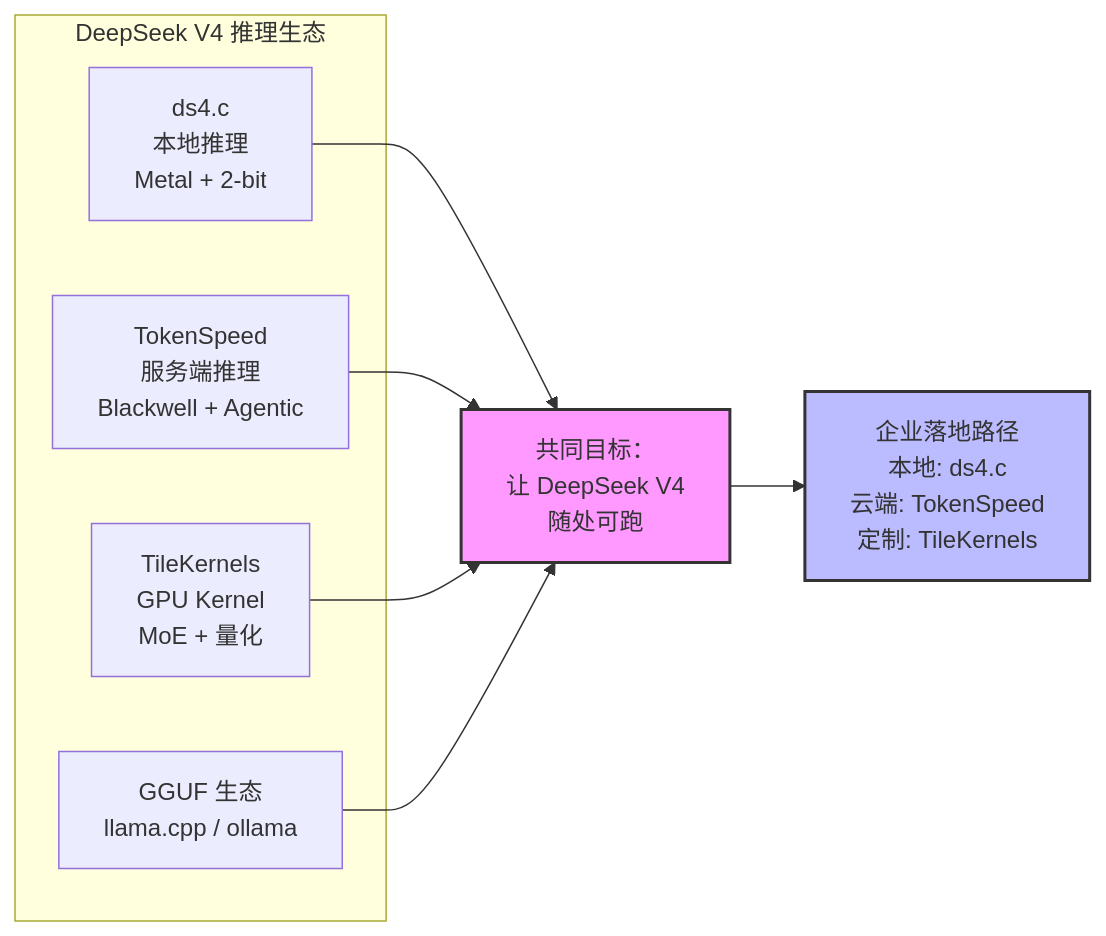
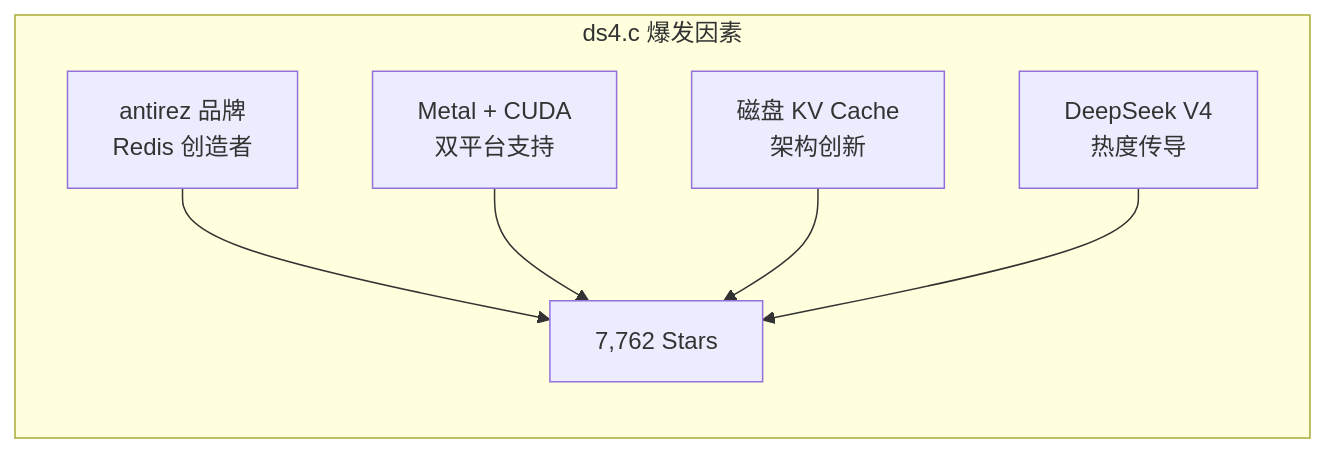
The diagram in daily/2026-05-11.md (lohasle/github-researcher), drawn with Mermaid before and after one commit. The commit also changed other lines of this file and 16 other files, not shown here.

````diff
--- a/daily/2026-05-11.md
+++ b/daily/2026-05-11.md
@@ -159,19 +147,9 @@
 ```mermaid
-flowchart LR
-    subgraph DeepSeek V4 推理生态
-        A["ds4.c<br/>本地推理<br/>Metal + 2-bit"]
-        B["TokenSpeed<br/>服务端推理<br/>Blackwell + Agentic"]
-        C["TileKernels<br/>GPU Kernel<br/>MoE + 量化"]
-        D["GGUF 生态<br/>llama.cpp / ollama"]
+graph LR
+    subgraph ds4.c 爆发因素
+        A["antirez 品牌<br/>Redis 创造者"] --> E[7,762 Stars]
+        B["Metal + CUDA<br/>双平台支持"] --> E
+        C["磁盘 KV Cache<br/>架构创新"] --> E
+        D["DeepSeek V4<br/>热度传导"] --> E
     end
-
-    A --> E["共同目标：<br/>让 DeepSeek V4<br/>随处可跑"]
-    B --> E
-    C --> E
-    D --> E
-
-    E --> F["企业落地路径<br/>本地: ds4.c<br/>云端: TokenSpeed<br/>定制: TileKernels"]
-
-    style E fill:#f9f,stroke:#333,stroke-width:2px
-    style F fill:#bbf,stroke:#333,stroke-width:2px
 ```
````
